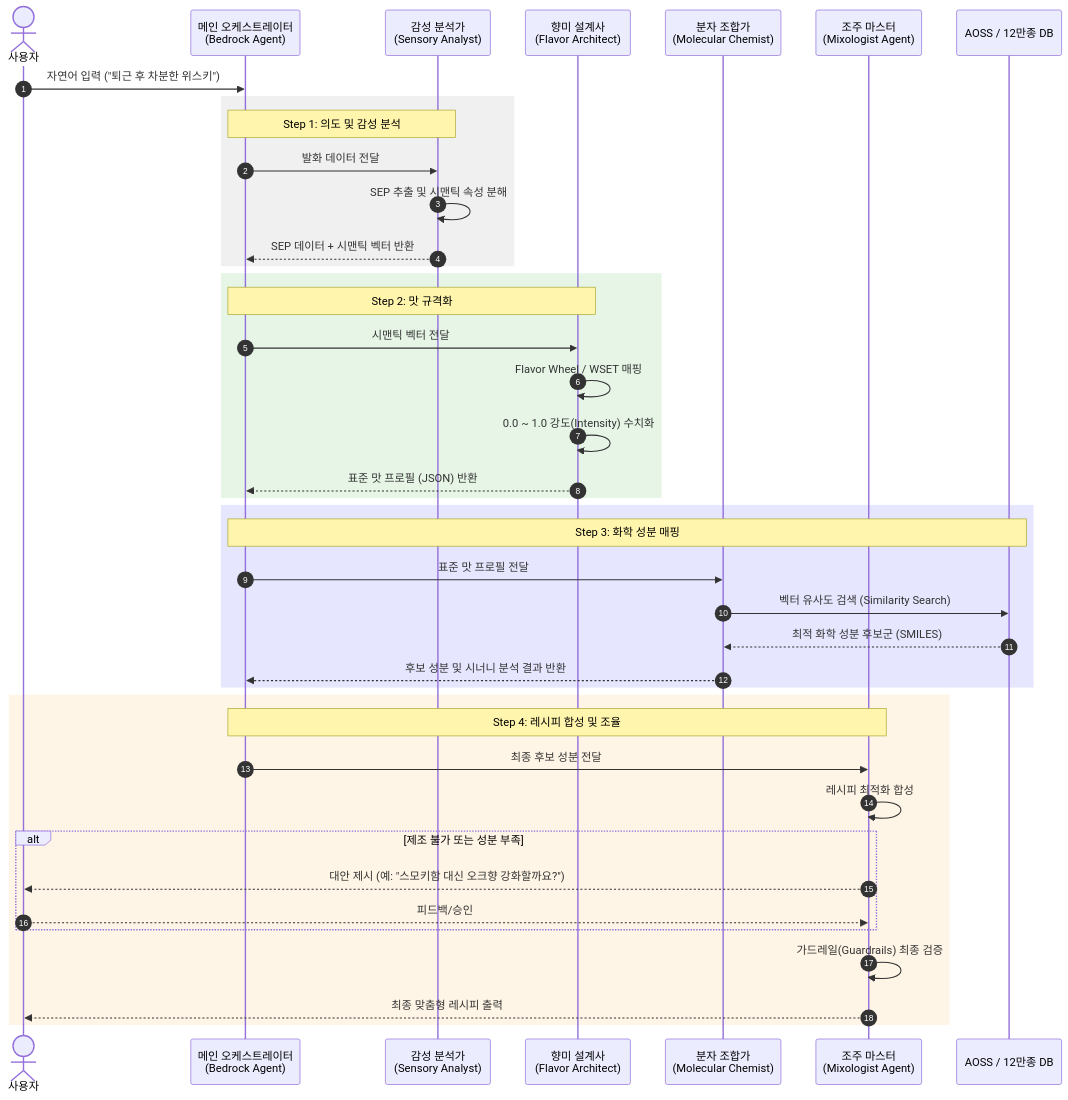
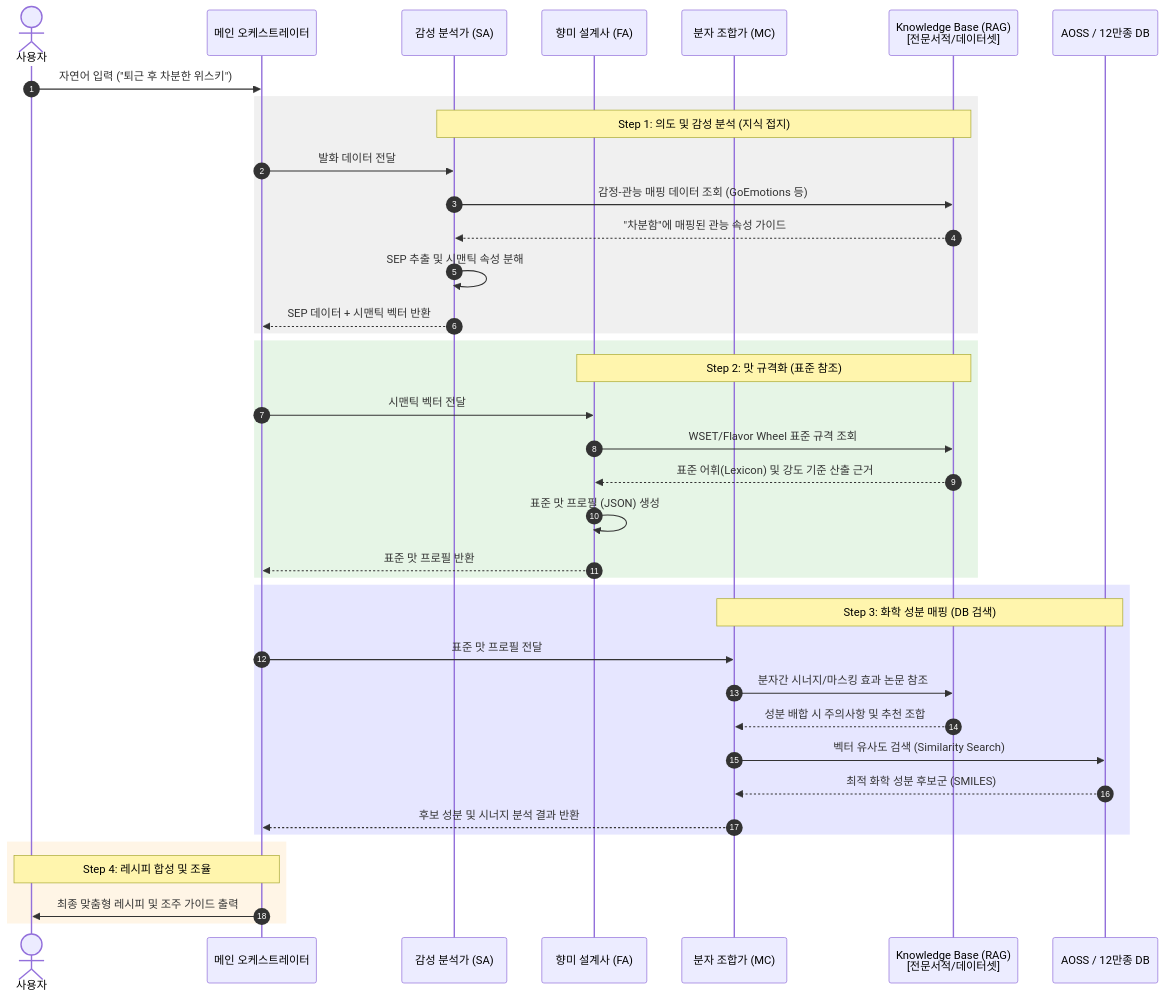
The diagram in docs/LLM.md (votus777/Portfolio), drawn with Mermaid before and after one commit.

````diff
--- a/docs/LLM.md
+++ b/docs/LLM.md
@@ -123,50 +123,46 @@
 ```mermaid
   sequenceDiagram
     autonumber
     actor User as 사용자
-    participant Main as 메인 오케스트레이터<br/>(Bedrock Agent)
-    participant SA as 감성 분석가<br/>(Sensory Analyst)
-    participant FA as 향미 설계사<br/>(Flavor Architect)
-    participant MC as 분자 조합가<br/>(Molecular Chemist)
-    participant MA as 조주 마스터<br/>(Mixologist Agent)
+    participant Main as 메인 오케스트레이터
+    participant SA as 감성 분석가 (SA)
+    participant FA as 향미 설계사 (FA)
+    participant MC as 분자 조합가 (MC)
+    participant KB as Knowledge Base (RAG)<br/>[전문서적/데이터셋]
     participant DB as AOSS / 12만종 DB
 
     User->>Main: 자연어 입력 ("퇴근 후 차분한 위스키")
     
     rect rgb(240, 240, 240)
-        Note over Main, SA: Step 1: 의도 및 감성 분석
+        Note over SA, KB: Step 1: 의도 및 감성 분석 (지식 접지)
         Main->>SA: 발화 데이터 전달
+        SA->>KB: 감정-관능 매핑 데이터 조회 (GoEmotions 등)
+        KB-->>SA: "차분함"에 매핑된 관능 속성 가이드
         SA->>SA: SEP 추출 및 시맨틱 속성 분해
         SA-->>Main: SEP 데이터 + 시맨틱 벡터 반환
     end
 
     rect rgb(230, 245, 230)
-        Note over Main, FA: Step 2: 맛 규격화
+        Note over FA, KB: Step 2: 맛 규격화 (표준 참조)
         Main->>FA: 시맨틱 벡터 전달
-        FA->>FA: Flavor Wheel / WSET 매핑
-        FA->>FA: 0.0 ~ 1.0 강도(Intensity) 수치화
-        FA-->>Main: 표준 맛 프로필 (JSON) 반환
+        FA->>KB: WSET/Flavor Wheel 표준 규격 조회
+        KB-->>FA: 표준 어휘(Lexicon) 및 강도 기준 산출 근거
+        FA->>FA: 표준 맛 프로필 (JSON) 생성
+        FA-->>Main: 표준 맛 프로필 반환
     end
 
     rect rgb(230, 230, 255)
-        Note over Main, DB: Step 3: 화학 성분 매핑
+        Note over MC, DB: Step 3: 화학 성분 매핑 (DB 검색)
         Main->>MC: 표준 맛 프로필 전달
+        MC->>KB: 분자간 시너지/마스킹 효과 논문 참조
+        KB-->>MC: 성분 배합 시 주의사항 및 추천 조합
         MC->>DB: 벡터 유사도 검색 (Similarity Search)
         DB-->>MC: 최적 화학 성분 후보군 (SMILES)
-        MC-->>Main: 후보 성분 및 시너니 분석 결과 반환
+        MC-->>Main: 후보 성분 및 시너지 분석 결과 반환
     end
 
     rect rgb(255, 245, 230)
-        Note over Main, MA: Step 4: 레시피 합성 및 조율
-        Main->>MA: 최종 후보 성분 전달
-        MA->>MA: 레시피 최적화 합성
-        
-        alt 제조 불가 또는 성분 부족
-            MA-->>User: 대안 제시 (예: "스모키함 대신 오크향 강화할까요?")
-            User-->>MA: 피드백/승인
-        end
-        
-        MA->>MA: 가드레일(Guardrails) 최종 검증
-        MA-->>User: 최종 맞춤형 레시피 출력
+        Note over Main, User: Step 4: 레시피 합성 및 조율
+        Main->>User: 최종 맞춤형 레시피 및 조주 가이드 출력
     end
 ```
````
